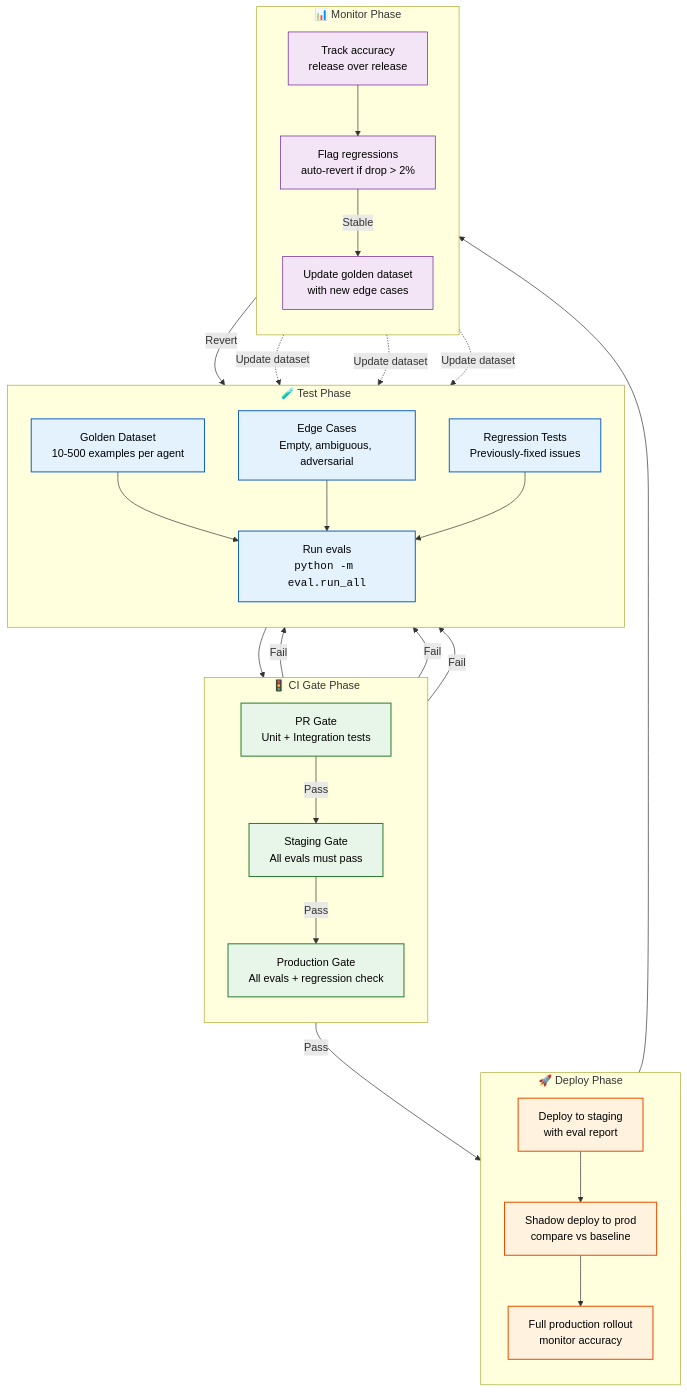
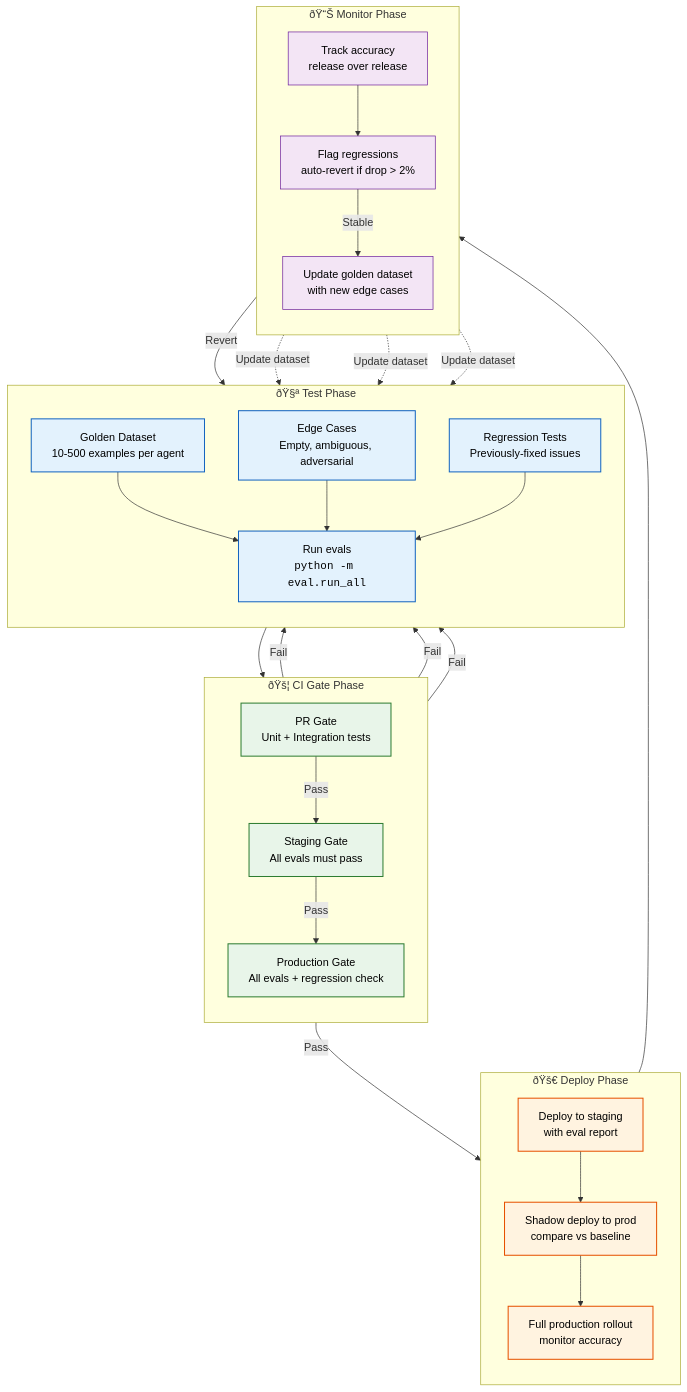
Before and after one commit to Driftloom/Vaeloom: the first of 2 diagrams in Docs/AI/Evaluation.md, drawn with Mermaid. The commit also changed other lines of this file and 249 other files, not shown here.

````diff
--- a/Docs/AI/Evaluation.md
+++ b/Docs/AI/Evaluation.md
@@ -27,56 +27,56 @@
 ```mermaid
 graph TD
     classDef test fill:#e3f2fd,stroke:#1565c0,color:#000,stroke-width:1.5px
     classDef gate fill:#e8f5e9,stroke:#2e7d32,color:#000,stroke-width:1.5px
     classDef deploy fill:#fff3e0,stroke:#e65100,color:#000,stroke-width:1.5px
     classDef monitor fill:#f3e5f5,stroke:#6a1b9a,color:#000,stroke-width:1px
 
-    subgraph Test["🧪 Test Phase"]
+    subgraph Test["ðŸ§ª Test Phase"]
         direction TB
         T1["Golden Dataset<br/>10-500 examples per agent"]
         T2["Edge Cases<br/>Empty, ambiguous, adversarial"]
         T3["Regression Tests<br/>Previously-fixed issues"]
         T4["Run evals<br/><code>python -m eval.run_all</code>"]
     end
 
-    subgraph Gate["🚦 CI Gate Phase"]
+    subgraph Gate["ðŸš¦ CI Gate Phase"]
         direction TB
         G1["PR Gate<br/>Unit + Integration tests"]
         G2["Staging Gate<br/>All evals must pass"]
         G3["Production Gate<br/>All evals + regression check"]
     end
 
-    subgraph Deploy["🚀 Deploy Phase"]
+    subgraph Deploy["ðŸš€ Deploy Phase"]
         direction TB
         D1["Deploy to staging<br/>with eval report"]
         D2["Shadow deploy to prod<br/>compare vs baseline"]
         D3["Full production rollout<br/>monitor accuracy"]
     end
 
-    subgraph Monitor["📊 Monitor Phase"]
+    subgraph Monitor["ðŸ“Š Monitor Phase"]
         direction TB
         M1["Track accuracy<br/>release over release"]
         M2["Flag regressions<br/>auto-revert if drop > 2%"]
         M3["Update golden dataset<br/>with new edge cases"]
     end
 
     T1 & T2 & T3 --> T4
     T4 --> G1
     G1 -->|Pass| G2
     G1 -->|Fail| T4
     G2 -->|Pass| G3
     G2 -->|Fail| T4
     G3 -->|Pass| D1
     G3 -->|Fail| T4
     D1 --> D2 --> D3
     D3 --> M1 --> M2
     M2 -->|Revert| T4
     M2 -->|Stable| M3
     M3 -.->|Update dataset| T1 & T2 & T3
 
     class T1,T2,T3,T4 test
     class G1,G2,G3 gate
     class D1,D2,D3 deploy
     class M1,M2,M3 monitor
 
 ```
````
